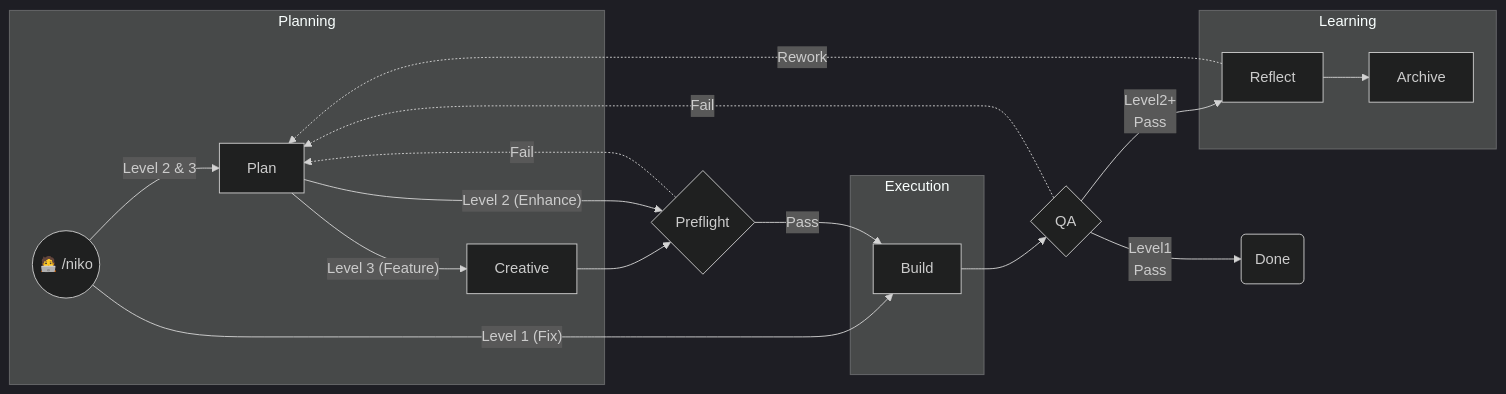
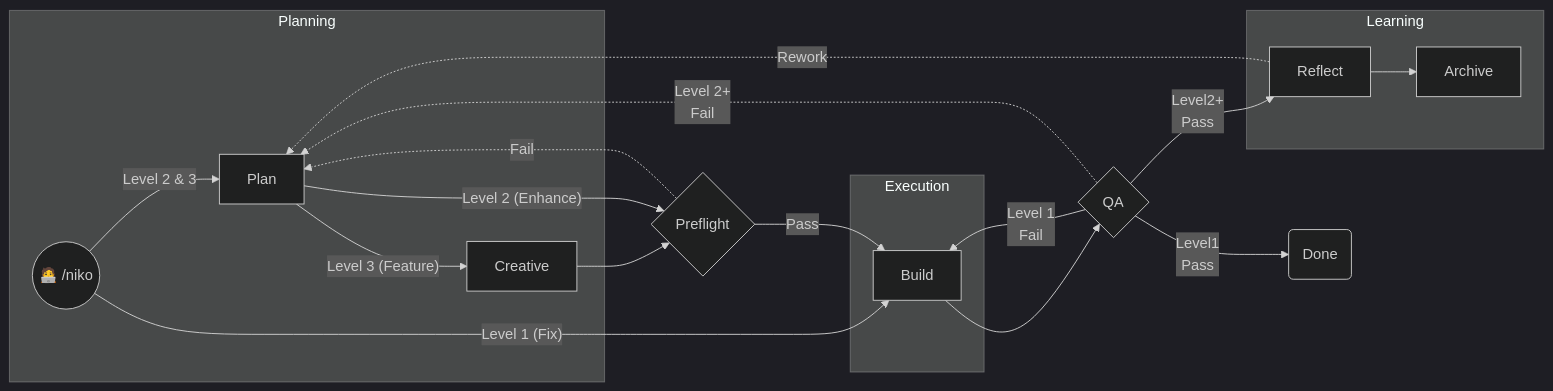
Before and after one commit to Texarkanine/.cursor-rules: the first of 4 diagrams in rulesets/niko2/README.md, drawn with Mermaid (dark theme). The commit also changed other lines of this file, not shown here.

Commit message:
fix: final typos (doo doo doooo do...)

````diff
--- a/rulesets/niko2/README.md
+++ b/rulesets/niko2/README.md
@@ -68,44 +68,45 @@
 ```mermaid
 flowchart LR
 
 	%% Nodes
 	Niko(("🧑‍💻 /niko"))
 	Plan["Plan"]
 	Creative["Creative"]
 	Preflight{"Preflight"}
 	QA{"QA"}
 	Archive["Archive"]
 
 	%% Paths
 	subgraph Planning
         Niko -- "Level 2 & 3" --> Plan
 
         Plan -- "Level 3 (Feature)" --> Creative
 
         
 	end
 
     Creative --> Preflight
     Niko -- "Level 1 (Fix)" --> Build
     Plan -- "Level 2 (Enhance)" --> Preflight
 
 	Preflight -->|"Pass"| Build
     Preflight -.->|"Fail"| Plan
 
 	subgraph Execution
         Build["Build"]
 	end
 
     Build --> QA
     
-    QA -.->|"Fail"| Plan
+	QA -->|"Level 1<br>Fail"| Build
+    QA -.->|"Level 2+<br>Fail"| Plan
 	QA -->|"Level1<br>Pass"| Done("Done")
     QA -->|"Level2+<br>Pass"| Reflect
 	
 	subgraph Learning
         Reflect["Reflect"]
         Reflect -.->|"Rework"| Plan
 
         Reflect --> Archive
 	end
 ```
````
